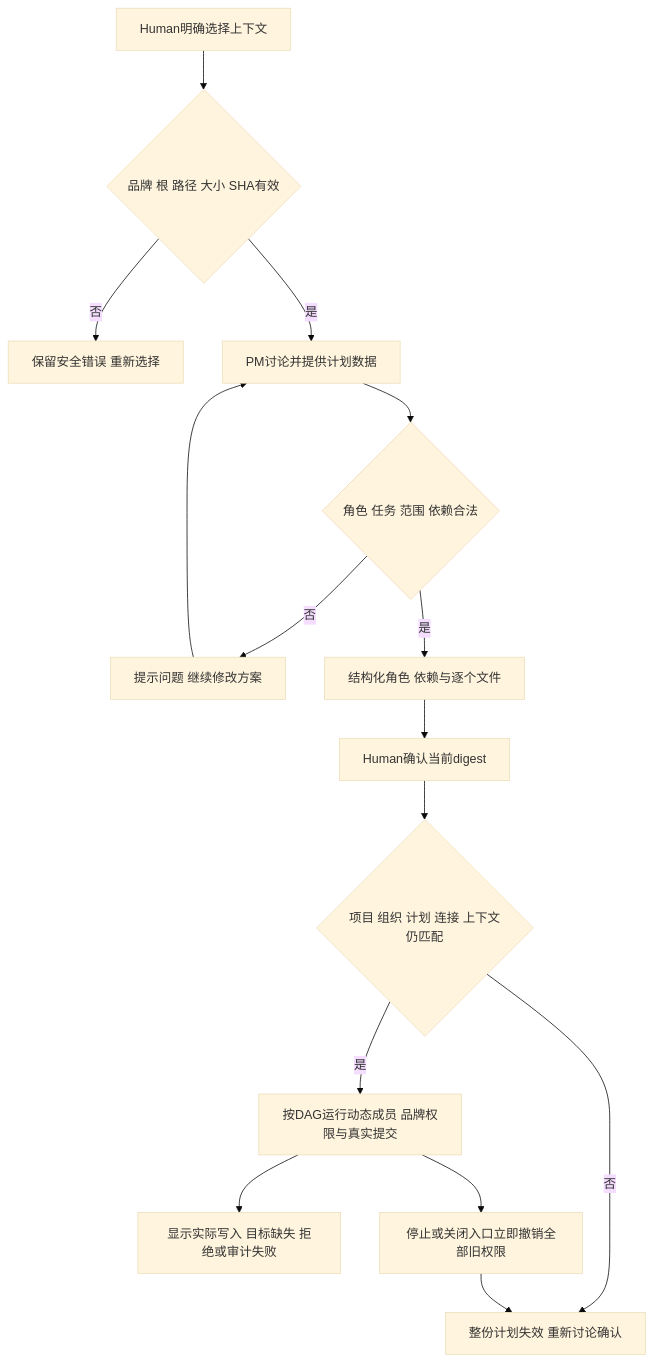
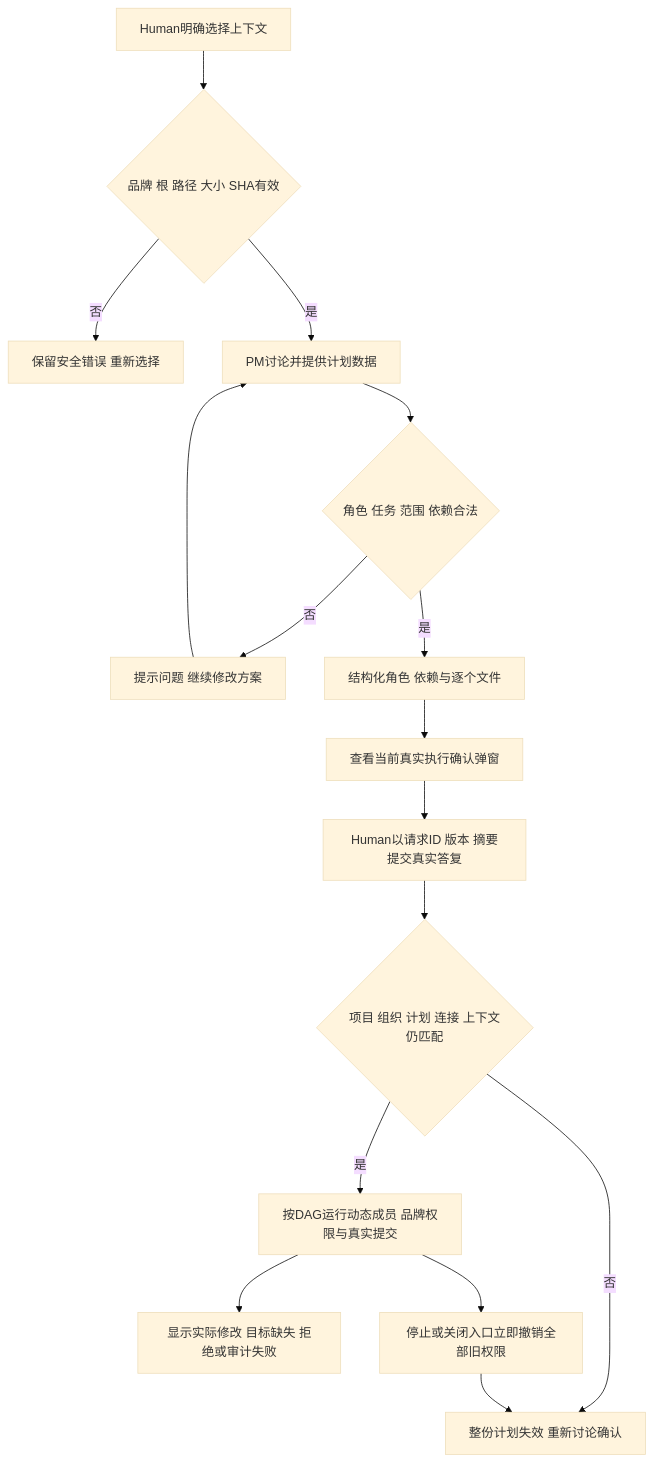
One commit to wangzhongren/ans-legion changed the fourth of 7 diagrams in docs/roles/DesktopEngineer/docs/feature/desktop-console.md. Above: the diagram before and after it, drawn with Mermaid (base theme). The commit also changed other lines of this file and 400 other files, not shown here.

````diff
--- a/docs/roles/DesktopEngineer/docs/feature/desktop-console.md
+++ b/docs/roles/DesktopEngineer/docs/feature/desktop-console.md
@@ -48,17 +90,18 @@
 ```mermaid
 flowchart TD
   context[Human明确选择上下文] --> read{品牌 根 路径 大小 SHA有效}
   read -->|否| error[保留安全错误 重新选择]
   read -->|是| discuss[PM讨论并提供计划数据]
   discuss --> parse{角色 任务 范围 依赖合法}
   parse -->|否| revise[提示问题 继续修改方案]
   revise --> discuss
   parse -->|是| panel[结构化角色 依赖与逐个文件]
-  panel --> confirm[Human确认当前digest]
+  panel --> request[查看当前真实执行确认弹窗]
+  request --> confirm[Human以请求ID 版本 摘要提交真实答复]
   confirm --> bindings{项目 组织 计划 连接 上下文仍匹配}
   bindings -->|否| stale[整份计划失效 重新讨论确认]
   bindings -->|是| execute[按DAG运行动态成员 品牌权限与真实提交]
-  execute --> result[显示实际写入 目标缺失 拒绝或审计失败]
+  execute --> result[显示实际修改 目标缺失 拒绝或审计失败]
   execute --> cancel[停止或关闭入口立即撤销全部旧权限]
   cancel --> stale
 ```
````
